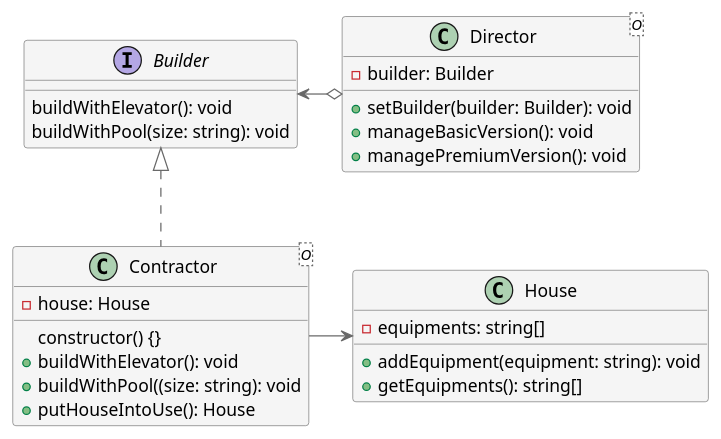
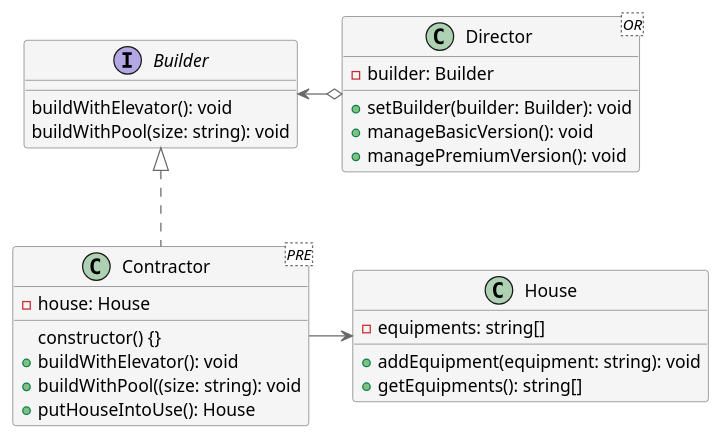
One commit to plkpiotr/design-patterns changed the diagram in src/app/creational/builder/builder.puml. Above: the diagram before and after it, drawn with PlantUML. The commit also changed 14 other files, not shown here.

```diff
--- a/src/app/creational/builder/builder.puml
+++ b/src/app/creational/builder/builder.puml
@@ -1,39 +1,39 @@
 @startuml
 
 skinparam class {
   backgroundColor whitesmoke
   arrowColor dimgrey
   borderColor dimgrey
 }
 
 interface Builder {
   buildWithElevator(): void
   buildWithPool(size: string): void
 }
 
-class Director <O> {
+class Director <OR> {
   - builder: Builder
   + setBuilder(builder: Builder): void
   + manageBasicVersion(): void
   + managePremiumVersion(): void
 }
 
-class Contractor <O> {
+class Contractor <PRE> {
   - house: House
     constructor() {}
   + buildWithElevator(): void
   + buildWithPool((size: string): void
   + putHouseIntoUse(): House
 }
 
 class House {
   - equipments: string[]
   + addEquipment(equipment: string): void
   + getEquipments(): string[]
 }
 
 Builder <-o Director
 Builder <|.. Contractor
 Contractor -> House
 
 @enduml
```
